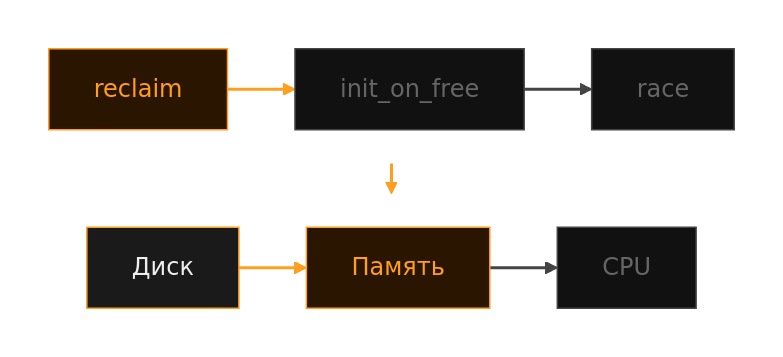
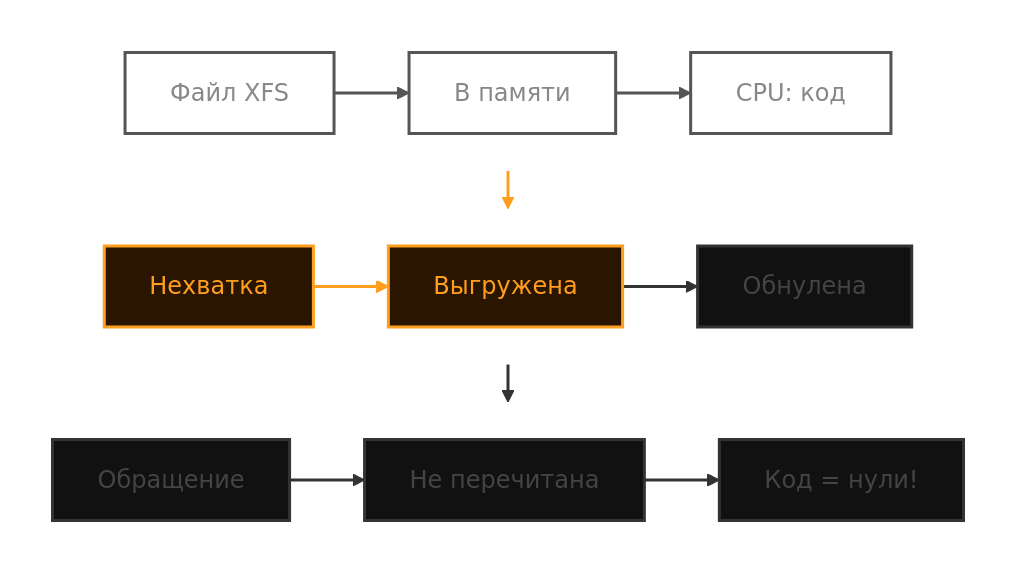
The diagram in docs/diagrams/mmap-2.mmd (polarnik/postgresql-system-issue-story), drawn with Mermaid before and after one commit. The commit also changed 36 other files, not shown here.

```diff
--- a/docs/diagrams/mmap-2.mmd
+++ b/docs/diagrams/mmap-2.mmd
@@ -1,28 +1,49 @@
-%%{init: {'theme': 'base', 'themeVariables': { 'darkMode': true, 'background': '#000000', 'primaryColor': '#ff9e1f', 'primaryTextColor': '#fff', 'primaryBorderColor': '#cc7e19', 'secondaryColor': '#111111', 'secondaryTextColor': '#fff', 'tertiaryColor': '#111111', 'lineColor': '#ff9e1f', 'textColor': '#fff', 'mainBkg': '#111111', 'fontFamily': 'verdana'}, 'flowchart': { 'nodeSpacing': 25, 'rankSpacing': 20 }}}%%
+%%{init: {'theme': 'base', 'themeVariables': { 'darkMode': true, 'background': '#000000', 'primaryColor': '#ff9e1f', 'primaryTextColor': '#fff', 'primaryBorderColor': '#cc7e19', 'secondaryColor': '#111111', 'secondaryTextColor': '#fff', 'tertiaryColor': '#111111', 'lineColor': '#ff9e1f', 'textColor': '#fff', 'mainBkg': '#111111', 'fontFamily': 'verdana'}, 'flowchart': { 'nodeSpacing': 30, 'rankSpacing': 25 }}}%%
 
 flowchart TB
-    classDef done fill:#1a1a1a,stroke:#ff9e1f,color:#eee
-    classDef active fill:#2a1500,stroke:#ff9e1f,color:#ff9e1f
-    classDef pending fill:#111111,stroke:#444,color:#666
-    classDef error fill:#3a1010,stroke:#ff4444,color:#eee
+    classDef done fill:transparent,stroke:#555,color:#888,stroke-width:2px
+    classDef active fill:#2a1500,stroke:#ff9e1f,color:#ff9e1f,stroke-width:2px
+    classDef pending fill:#111,stroke:#333,color:#444,stroke-width:2px
+    classDef error fill:#3a1010,stroke:#ff4444,color:#ff4444,stroke-width:2px
+    classDef success fill:#103a10,stroke:#44ff88,color:#44ff88,stroke-width:2px
 
     subgraph S1 [" "]
         direction LR
-        D["Диск"]:::done --> M["Память"]:::active --> CPU["CPU"]:::pending
+        A["Файл XFS"] --> B["В памяти"] --> C["CPU: код"]
     end
 
     subgraph S2 [" "]
         direction LR
-        R["reclaim"]:::active --> I["init_on_free"]:::pending --> BUG["race"]:::pending
+        D["Нехватка"] --> E["Выгружена"] --> F["Обнулена"]
     end
 
-    S2 --> M
+    subgraph S3 [" "]
+        direction LR
+        G["Обращение"] --> H["Не перечитана"] --> I["Код = нули!"]
+    end
 
-    linkStyle 0 stroke:#ff9e1f,stroke-width:2px
-    linkStyle 1 stroke:#444,stroke-width:2px
-    linkStyle 2 stroke:#ff9e1f,stroke-width:2px
-    linkStyle 3 stroke:#444,stroke-width:2px
-    linkStyle 4 stroke:#ff9e1f,stroke-width:2px
+    S1 --> S2
+    S2 --> S3
 
     style S1 fill:transparent,stroke:transparent
     style S2 fill:transparent,stroke:transparent
+    style S3 fill:transparent,stroke:transparent
+
+    A:::done
+    B:::done
+    C:::done
+    D:::active
+    E:::active
+    F:::pending
+    G:::pending
+    H:::pending
+    I:::pending
+
+    linkStyle 0 stroke:#555,stroke-width:2px
+    linkStyle 1 stroke:#555,stroke-width:2px
+    linkStyle 2 stroke:#ff9e1f,stroke-width:2px
+    linkStyle 3 stroke:#333,stroke-width:2px
+    linkStyle 4 stroke:#333,stroke-width:2px
+    linkStyle 5 stroke:#333,stroke-width:2px
+    linkStyle 6 stroke:#ff9e1f,stroke-width:2px
+    linkStyle 7 stroke:#333,stroke-width:2px
```
